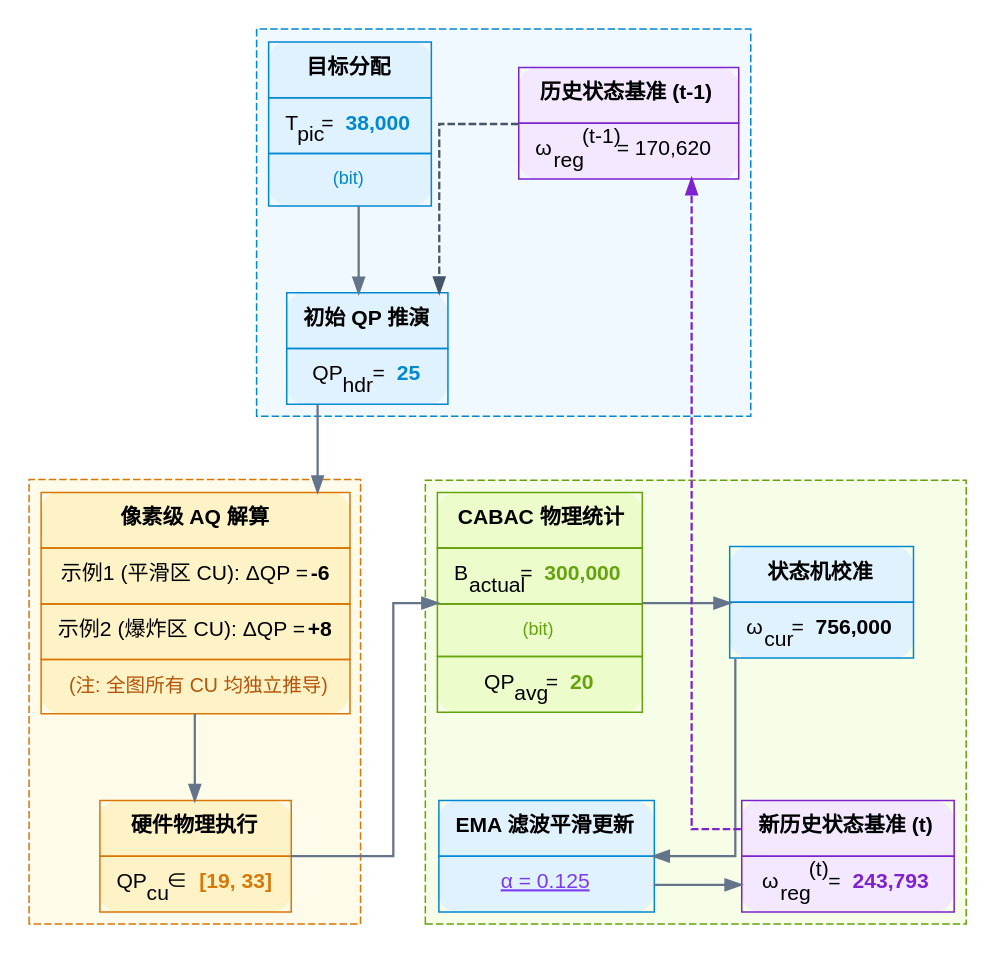
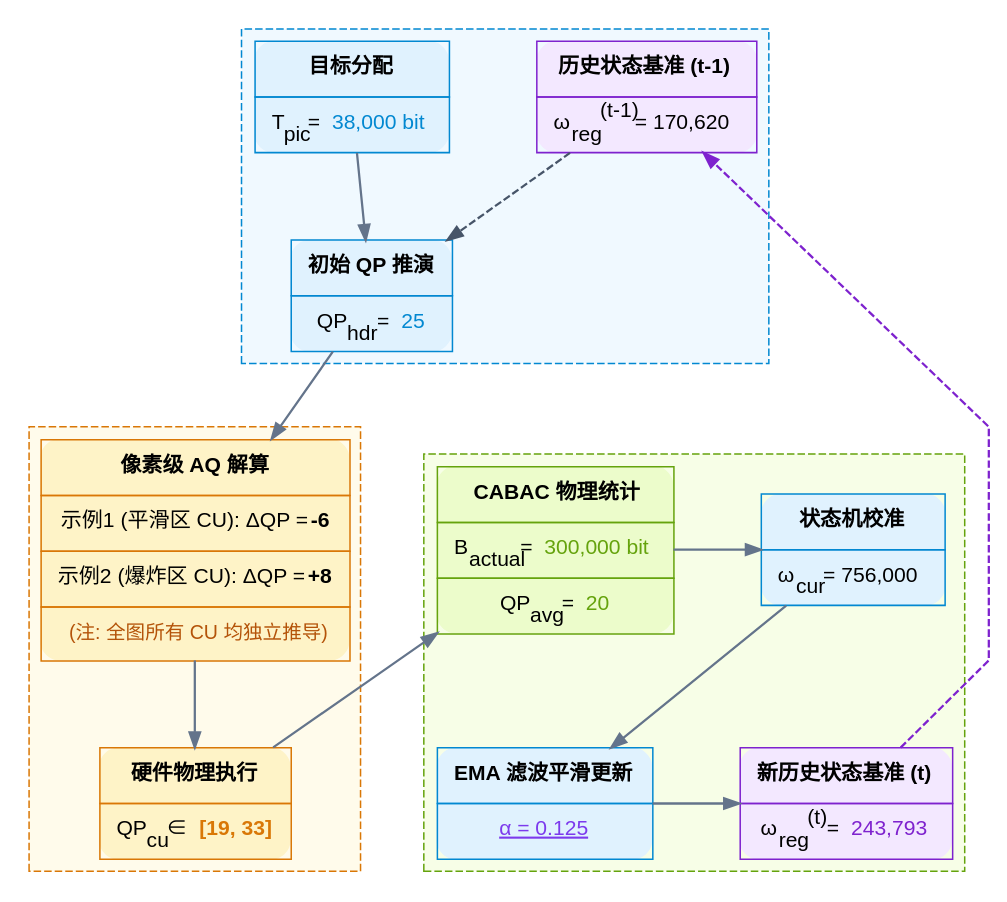
One commit to edgerzou-stack/rdo-architecture changed the diagram in graph.dot. Above: the diagram before and after it, drawn with Graphviz. The commit also changed 2 other files, not shown here.

Commit message:
fix(ui): change graphviz splines to polyline to fix overlapping edges, and unbold numbers to safely keep units inline

```diff
--- a/graph.dot
+++ b/graph.dot
@@ -1,106 +1,104 @@
 digraph G {
     fontname="sans-serif";
     node [fontname="sans-serif", shape=none, margin=0];
     edge [fontname="sans-serif", color="#64748b", penwidth=1.5];
     rankdir=TB;
-    splines=ortho;
+    splines=polyline;
     nodesep=0.8;
     ranksep=0.8;
 
     subgraph cluster_sw {
         style=dashed; color="#0288d1"; bgcolor="#f0f9ff";
 
         State1 [URL="#section-6", target="_parent", label=<
             <TABLE BORDER="0" CELLBORDER="1" CELLSPACING="0" CELLPADDING="10" COLOR="#7e22ce" BGCOLOR="#f3e8ff" STYLE="ROUNDED">
                 <TR><TD><B>历史状态基准 (t-1)</B></TD></TR>
                 <TR><TD>ω<SUB>reg</SUB><SUP>(t-1)</SUP> = 170,620</TD></TR>
             </TABLE>
         >];
         
         S1 [URL="#section-2", target="_parent", label=<
             <TABLE BORDER="0" CELLBORDER="1" CELLSPACING="0" CELLPADDING="10" COLOR="#0288d1" BGCOLOR="#e0f2fe" STYLE="ROUNDED">
                 <TR><TD><B>目标分配</B></TD></TR>
-                <TR><TD>T<SUB>pic</SUB> = <FONT COLOR="#0288d1"><B>38,000</B></FONT></TD></TR>
-                <TR><TD><FONT COLOR="#0288d1" POINT-SIZE="12">(bit)</FONT></TD></TR>
+                <TR><TD>T<SUB>pic</SUB> = <FONT COLOR="#0288d1">38,000 bit</FONT></TD></TR>
             </TABLE>
         >];
         
         S2 [URL="#section-5", target="_parent", label=<
             <TABLE BORDER="0" CELLBORDER="1" CELLSPACING="0" CELLPADDING="10" COLOR="#0288d1" BGCOLOR="#e0f2fe" STYLE="ROUNDED">
                 <TR><TD><B>初始 QP 推演</B></TD></TR>
-                <TR><TD>QP<SUB>hdr</SUB> = <FONT COLOR="#0288d1"><B>25</B></FONT></TD></TR>
+                <TR><TD>QP<SUB>hdr</SUB> = <FONT COLOR="#0288d1">25</FONT></TD></TR>
             </TABLE>
         >];
 
         { rank=same; State1; S1; }
         S1 -> S2;
         State1 -> S2 [style=dashed, color="#475569"];
     }
 
     subgraph cluster_hw {
         style=dashed; color="#d97706"; bgcolor="#fffbeb";
 
         S3 [URL="#section-7", target="_parent", label=<
             <TABLE BORDER="0" CELLBORDER="1" CELLSPACING="0" CELLPADDING="10" COLOR="#d97706" BGCOLOR="#fef3c7" STYLE="ROUNDED">
                 <TR><TD><B>像素级 AQ 解算</B></TD></TR>
                 <TR><TD>示例1 (平滑区 CU): ΔQP = <B>-6</B></TD></TR>
                 <TR><TD>示例2 (爆炸区 CU): ΔQP = <B>+8</B></TD></TR>
                 <TR><TD><FONT COLOR="#b45309" POINT-SIZE="13">(注: 全图所有 CU 均独立推导)</FONT></TD></TR>
             </TABLE>
         >];
         
         S4 [URL="#section-hw-rdo", target="_parent", label=<
             <TABLE BORDER="0" CELLBORDER="1" CELLSPACING="0" CELLPADDING="10" COLOR="#d97706" BGCOLOR="#fef3c7" STYLE="ROUNDED">
                 <TR><TD><B>硬件物理执行</B></TD></TR>
                 <TR><TD>QP<SUB>cu</SUB> ∈ <FONT COLOR="#d97706"><B>[19, 33]</B></FONT></TD></TR>
             </TABLE>
         >];
 
         S3 -> S4;
     }
 
     subgraph cluster_fb {
         style=dashed; color="#65a30d"; bgcolor="#f7fee7";
 
         OutCABAC [URL="#section-hw-rdo", target="_parent", label=<
             <TABLE BORDER="0" CELLBORDER="1" CELLSPACING="0" CELLPADDING="10" COLOR="#65a30d" BGCOLOR="#ecfccb" STYLE="ROUNDED">
                 <TR><TD><B>CABAC 物理统计</B></TD></TR>
-                <TR><TD>B<SUB>actual</SUB> = <FONT COLOR="#65a30d"><B>300,000</B></FONT></TD></TR>
-                <TR><TD><FONT COLOR="#65a30d" POINT-SIZE="12">(bit)</FONT></TD></TR>
-                <TR><TD>QP<SUB>avg</SUB> = <FONT COLOR="#65a30d"><B>20</B></FONT></TD></TR>
+                <TR><TD>B<SUB>actual</SUB> = <FONT COLOR="#65a30d">300,000 bit</FONT></TD></TR>
+                <TR><TD>QP<SUB>avg</SUB> = <FONT COLOR="#65a30d">20</FONT></TD></TR>
             </TABLE>
         >];
         
         S5 [URL="#section-9", target="_parent", label=<
             <TABLE BORDER="0" CELLBORDER="1" CELLSPACING="0" CELLPADDING="10" COLOR="#0288d1" BGCOLOR="#e0f2fe" STYLE="ROUNDED">
                 <TR><TD><B>状态机校准</B></TD></TR>
-                <TR><TD>ω<SUB>cur</SUB> = <B>756,000</B></TD></TR>
+                <TR><TD>ω<SUB>cur</SUB> = 756,000</TD></TR>
             </TABLE>
         >];
         
         EMA [URL="#param-alpha", target="_parent", label=<
             <TABLE BORDER="0" CELLBORDER="1" CELLSPACING="0" CELLPADDING="10" COLOR="#0288d1" BGCOLOR="#e0f2fe" STYLE="ROUNDED">
                 <TR><TD><B>EMA 滤波平滑更新</B></TD></TR>
                 <TR><TD><FONT COLOR="#7c3aed"><U>α = 0.125</U></FONT></TD></TR>
             </TABLE>
         >];
         
         State2 [URL="#section-10", target="_parent", label=<
             <TABLE BORDER="0" CELLBORDER="1" CELLSPACING="0" CELLPADDING="10" COLOR="#7e22ce" BGCOLOR="#f3e8ff" STYLE="ROUNDED">
                 <TR><TD><B>新历史状态基准 (t)</B></TD></TR>
-                <TR><TD>ω<SUB>reg</SUB><SUP>(t)</SUP> = <FONT COLOR="#7e22ce"><B>243,793</B></FONT></TD></TR>
+                <TR><TD>ω<SUB>reg</SUB><SUP>(t)</SUP> = <FONT COLOR="#7e22ce">243,793</FONT></TD></TR>
             </TABLE>
         >];
 
         { rank=same; OutCABAC; S5; }
         { rank=same; EMA; State2; }
         OutCABAC -> S5;
         S5 -> EMA;
         EMA -> State2;
     }
 
     S2 -> S3;
     S2 -> OutCABAC [style=invis];
     S4 -> OutCABAC [constraint=false];
     State2 -> State1 [style=dashed, color="#7e22ce", constraint=false];
 }
```
